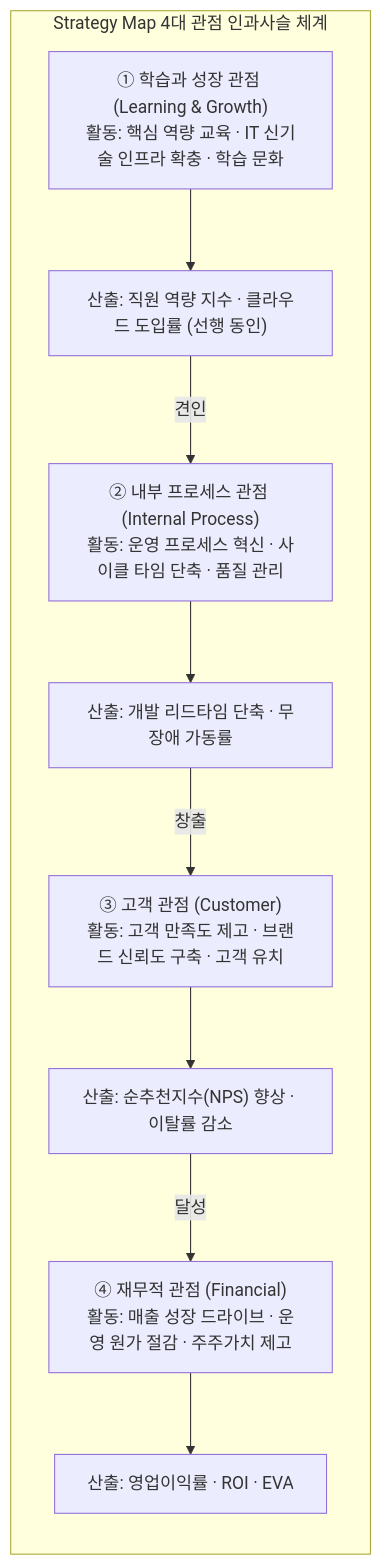
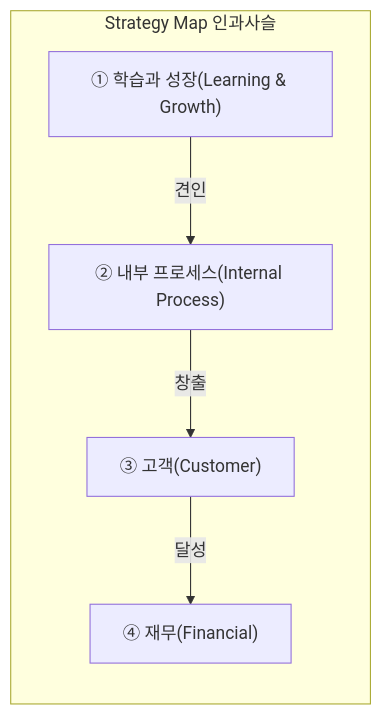
One commit to agnusdei1207/study changed the fifth of 5 diagrams in src/content/docs/notes/itpe/01-it-strategy/017_bsc.md. Above: the diagram before and after it, drawn with Mermaid. The commit also changed other lines of this file and 19 other files, not shown here.

````diff
--- a/src/content/docs/notes/itpe/01-it-strategy/017_bsc.md
+++ b/src/content/docs/notes/itpe/01-it-strategy/017_bsc.md
@@ -148,13 +144,9 @@
 ```mermaid
 flowchart TD
-    subgraph SMap["Strategy Map 4대 관점 인과사슬 체계"]
+    subgraph SMap["Strategy Map 인과사슬"]
         direction TB
-        S1["① 학습과 성장 관점 (Learning & Growth)<br/>활동: 핵심 역량 교육 · IT 신기술 인프라 확충 · 학습 문화"] --> O1["산출: 직원 역량 지수 · 클라우드 도입률 (선행 동인)"]
-        O1 -->|견인| S2["② 내부 프로세스 관점 (Internal Process)<br/>활동: 운영 프로세스 혁신 · 사이클 타임 단축 · 품질 관리"]
-        S2 --> O2["산출: 개발 리드타임 단축 · 무장애 가동률"]
-        O2 -->|창출| S3["③ 고객 관점 (Customer)<br/>활동: 고객 만족도 제고 · 브랜드 신뢰도 구축 · 고객 유치"]
-        S3 --> O3["산출: 순추천지수(NPS) 향상 · 이탈률 감소"]
-        O3 -->|달성| S4["④ 재무적 관점 (Financial)<br/>활동: 매출 성장 드라이브 · 운영 원가 절감 · 주주가치 제고"]
-        S4 --> O4["산출: 영업이익률 · ROI · EVA"]
+        S1["① 학습과 성장(Learning & Growth)"] -->|견인| S2["② 내부 프로세스(Internal Process)"]
+        S2 -->|창출| S3["③ 고객(Customer)"]
+        S3 -->|달성| S4["④ 재무(Financial)"]
     end
 ```
````
